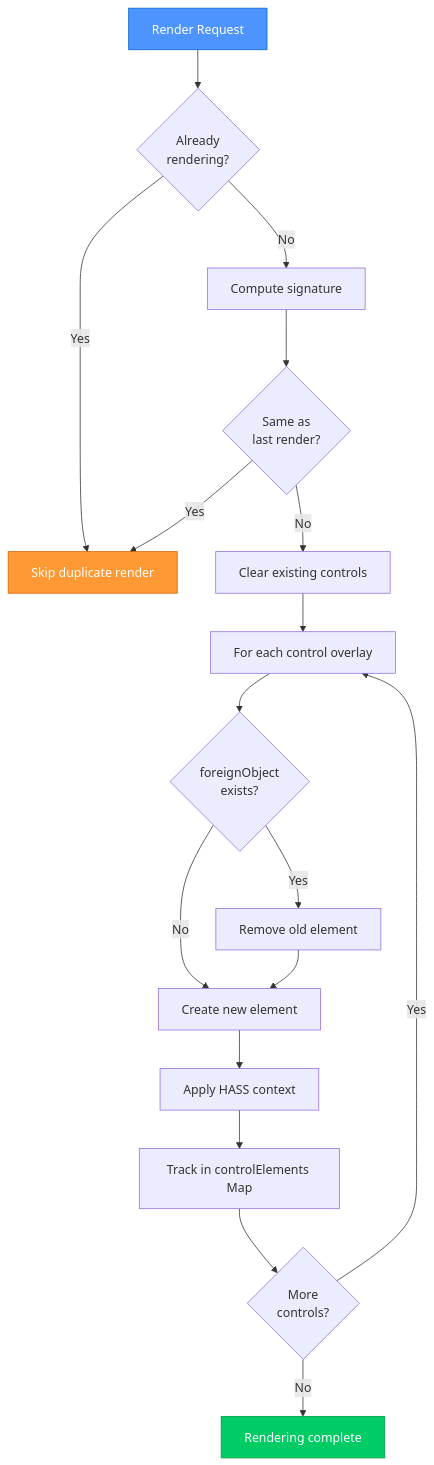
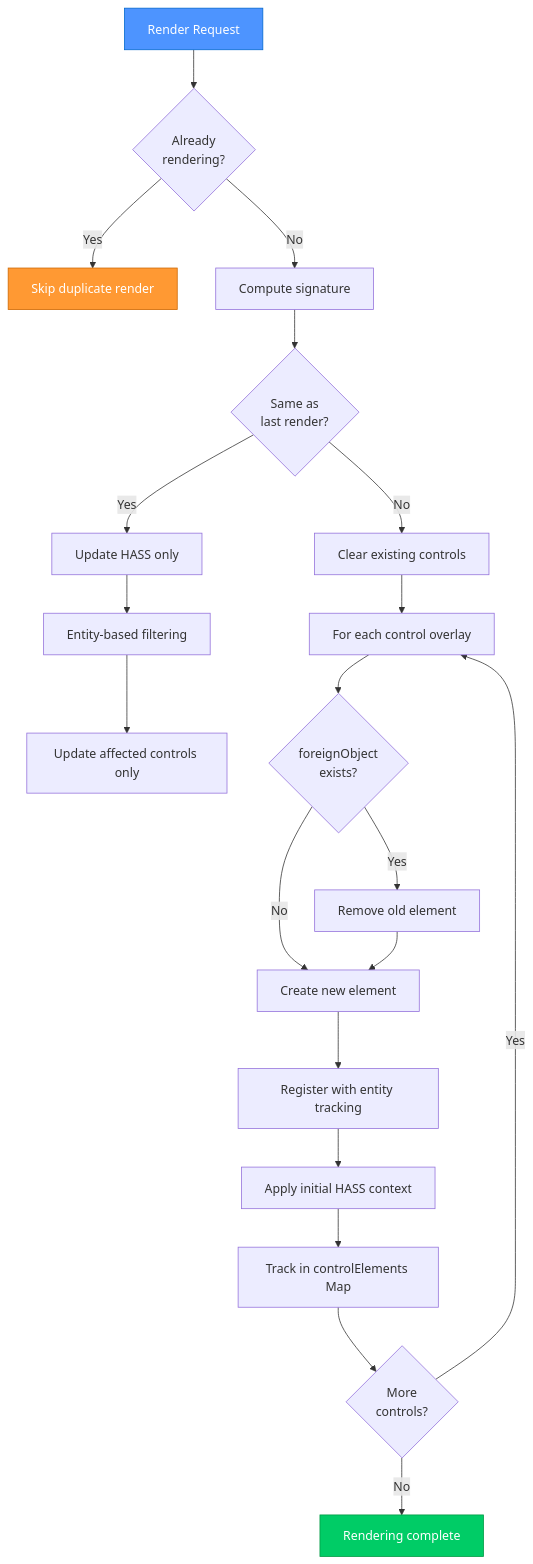
One commit to snootched/lcards changed the ninth of 10 diagrams in doc/architecture/subsystems/control-overlay-system.md. Above: the diagram before and after it, drawn with Mermaid. The commit also changed other lines of this file and 1 other file, not shown here.

First line of the commit message:
Update documentation for entity-based HASS optimization

````diff
--- a/doc/architecture/subsystems/control-overlay-system.md
+++ b/doc/architecture/subsystems/control-overlay-system.md
@@ -459,29 +616,33 @@
 ```mermaid
 graph TD
     Render[Render Request] --> Check{Already<br/>rendering?}
 
     Check -->|Yes| Skip[Skip duplicate render]
     Check -->|No| Signature[Compute signature]
 
     Signature --> Same{Same as<br/>last render?}
-    Same -->|Yes| Skip
+    Same -->|Yes| UpdateHASS[Update HASS only]
     Same -->|No| Clear[Clear existing controls]
+
+    UpdateHASS --> Entity[Entity-based filtering]
+    Entity --> Affected[Update affected controls only]
 
     Clear --> Loop[For each control overlay]
 
     Loop --> Exists{foreignObject<br/>exists?}
     Exists -->|Yes| Remove[Remove old element]
     Exists -->|No| Create[Create new element]
 
     Remove --> Create
-    Create --> Apply[Apply HASS context]
+    Create --> Register[Register with entity tracking]
+    Register --> Apply[Apply initial HASS context]
     Apply --> Track[Track in controlElements Map]
 
     Track --> Next{More<br/>controls?}
     Next -->|Yes| Loop
     Next -->|No| Done[Rendering complete]
 
     style Render fill:#4d94ff,stroke:#0066cc,color:#fff
     style Skip fill:#ff9933,stroke:#cc6600,color:#fff
     style Done fill:#00cc66,stroke:#009944,color:#fff
 ```
````
